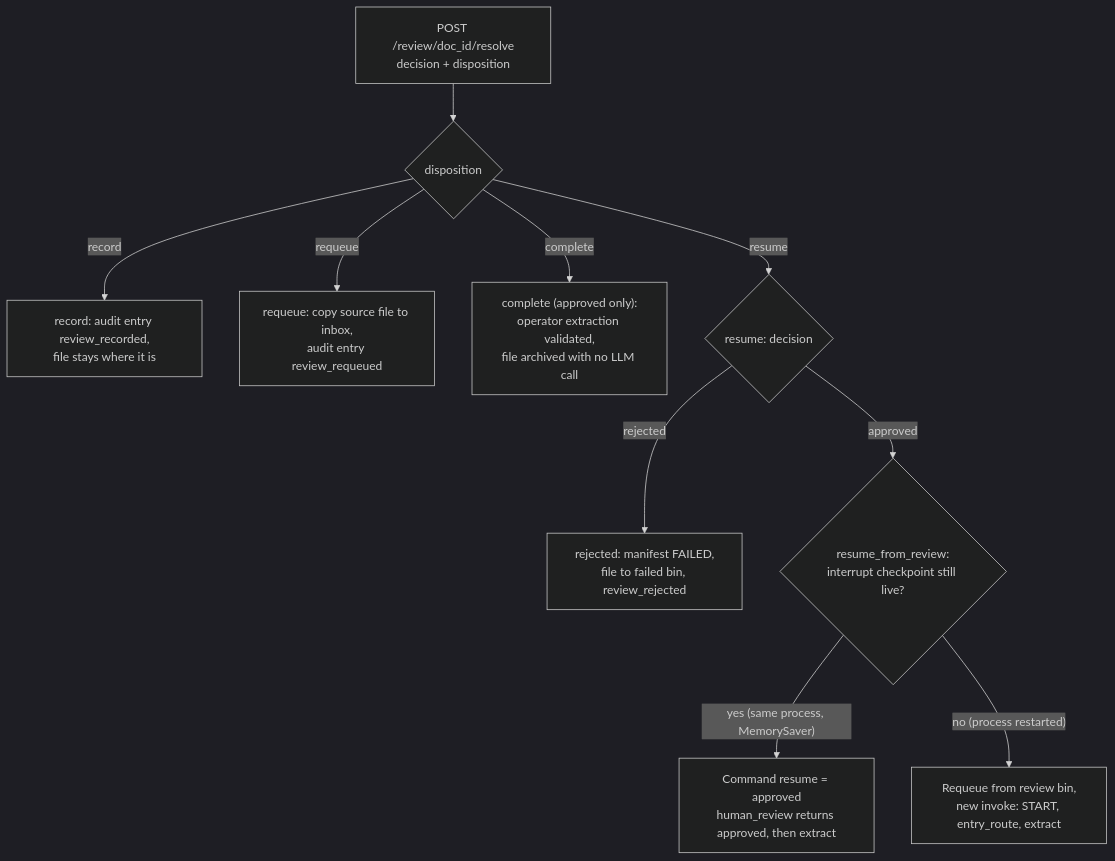
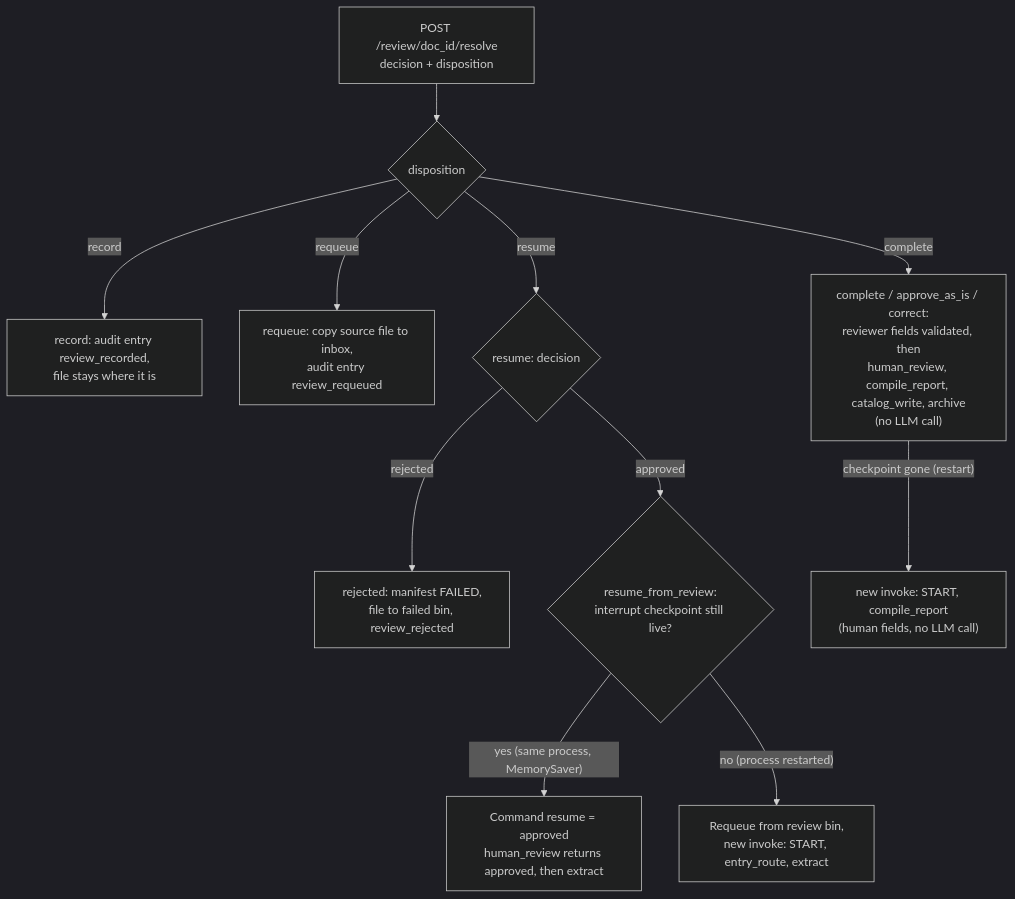
The third of 3 diagrams in docs/the-pipeline-in-depth/flowchart.md (Exios66/llm-mailroom), drawn with Mermaid (dark theme) before and after one commit. The commit also changed other lines of this file and 9 other files, not shown here.

````diff
--- a/docs/the-pipeline-in-depth/flowchart.md
+++ b/docs/the-pipeline-in-depth/flowchart.md
@@ -306,23 +306,25 @@
 ```mermaid
 flowchart TD
     REQ["POST /review/doc_id/resolve<br/>decision + disposition"]
     DISP{"disposition"}
     REC["record: audit entry review_recorded,<br/>file stays where it is"]
     REQ_IN["requeue: copy source file to inbox,<br/>audit entry review_requeued"]
-    COMP["complete (approved only):<br/>operator extraction validated,<br/>file archived with no LLM call"]
+    COMP["complete / approve_as_is / correct:<br/>reviewer fields validated, then<br/>human_review, compile_report, catalog_write, archive<br/>(no LLM call)"]
     DEC{"resume: decision"}
     REJ["rejected: manifest FAILED,<br/>file to failed bin, review_rejected"]
     RFR{"resume_from_review:<br/>interrupt checkpoint still live?"}
     CMD["Command resume = approved<br/>human_review returns approved, then extract"]
     FRESH["Requeue from review bin,<br/>new invoke: START, entry_route, extract"]
+    FRESHC["new invoke: START, compile_report<br/>(human fields, no LLM call)"]
 
     REQ --> DISP
     DISP -- "record" --> REC
     DISP -- "requeue" --> REQ_IN
     DISP -- "complete" --> COMP
+    COMP -- "checkpoint gone (restart)" --> FRESHC
     DISP -- "resume" --> DEC
     DEC -- "rejected" --> REJ
     DEC -- "approved" --> RFR
     RFR -- "yes (same process, MemorySaver)" --> CMD
     RFR -- "no (process restarted)" --> FRESH
 ```
````
